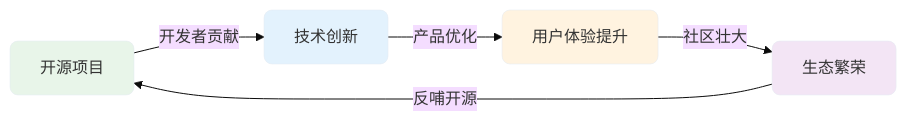
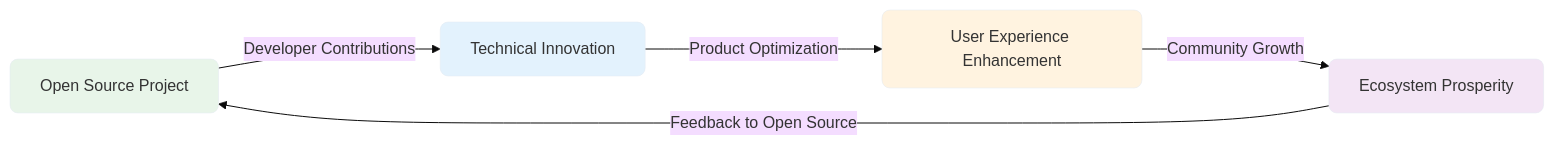
One commit to GitEnglish/emergent-corpus-L2-context-keeper changed the fifth of 5 diagrams in README.md. Above: the diagram before and after it, drawn with Mermaid. The commit also changed other lines of this file and 6 other files, not shown here.

````diff
--- a/README.md
+++ b/README.md
@@ -824,13 +783,13 @@
 ```mermaid
 %%{init: {'theme':'base', 'themeVariables': {'fontSize':'16px', 'fontFamily':'Arial, sans-serif'}}}%%
 graph LR
-    A[开源项目] -->|开发者贡献| B[技术创新]
-    B -->|产品优化| C[用户体验提升]
-    C -->|社区壮大| D[生态繁荣]
-    D -->|反哺开源| A
+    A[Open Source Project] -->|Developer Contributions| B[Technical Innovation]
+    B -->|Product Optimization| C[User Experience Enhancement]
+    C -->|Community Growth| D[Ecosystem Prosperity]
+    D -->|Feedback to Open Source| A
     
     style A fill:#e8f5e9,stroke:#e2e8f0,stroke-width:0.5px,rx:8,ry:8
     style B fill:#e3f2fd,stroke:#e2e8f0,stroke-width:0.5px,rx:8,ry:8
     style C fill:#fff3e0,stroke:#e2e8f0,stroke-width:0.5px,rx:8,ry:8
     style D fill:#f3e5f5,stroke:#e2e8f0,stroke-width:0.5px,rx:8,ry:8
 ```
````
